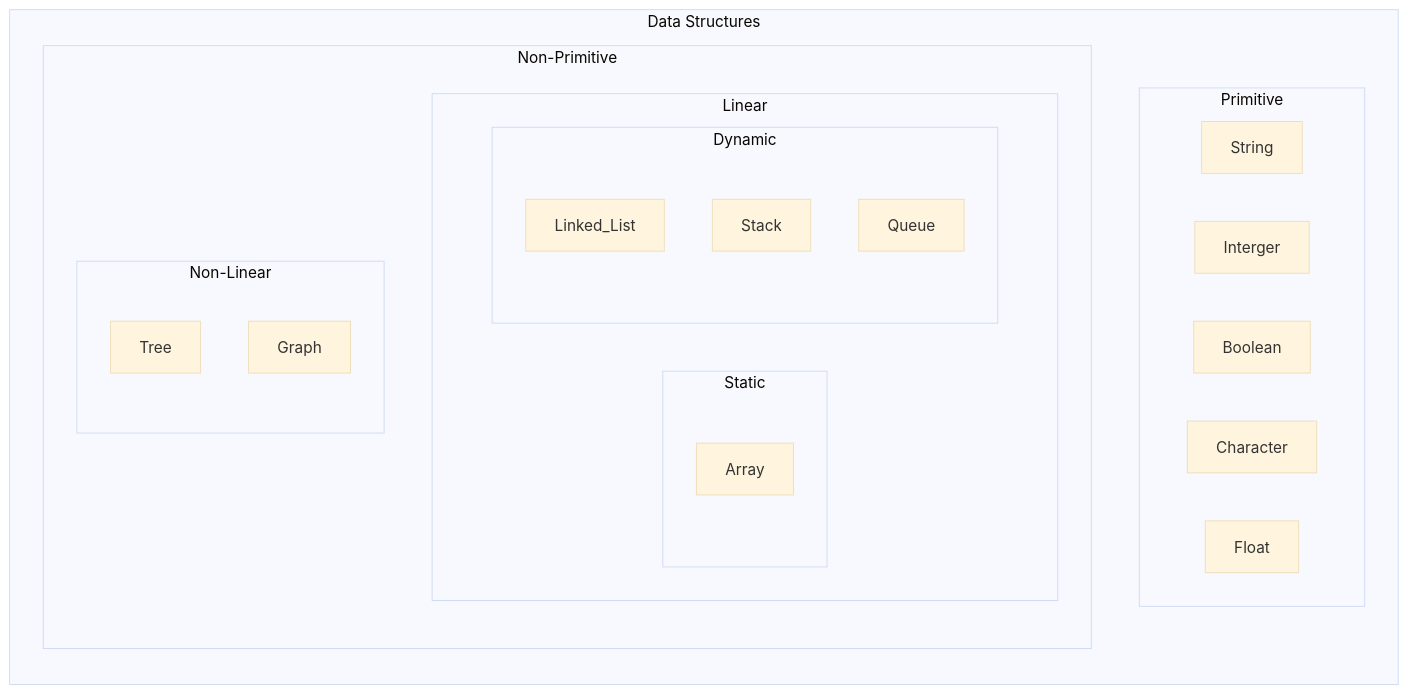
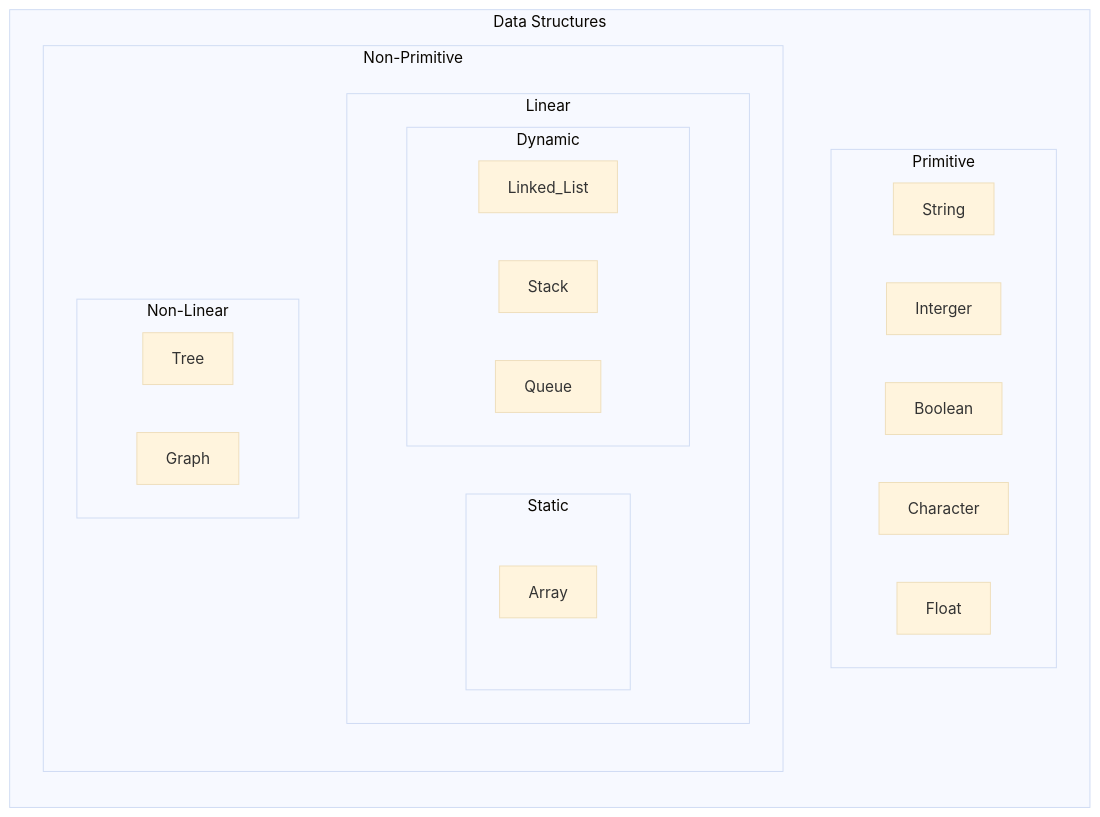
Before and after one commit to reubendevries/python-algorithims-data-structures: the diagram in introduction/notes/data-structures.md, drawn with Mermaid (base theme).

Commit message:
fixed formatting.

`````diff
--- a/introduction/notes/data-structures.md
+++ b/introduction/notes/data-structures.md
@@ -4,34 +4,30 @@
 ````mermaid
 flowchart LR
     subgraph Data Structures
         direction TB
         subgraph Primitive
             String
             Interger
             Boolean
             Character
             Float
         end
         subgraph Non-Primitive
             direction TB
             subgraph Linear
-                direction LR
                 subgraph Static
-                    direction TB
                     Array
                 end
                 subgraph Dynamic
-                    direction TB
                     Linked_List
                     Stack
                     Queue
                 end
             end
             subgraph Non-Linear
-                direction TB
                 Tree
                 Graph
             end
         end
     end
 ````
`````
